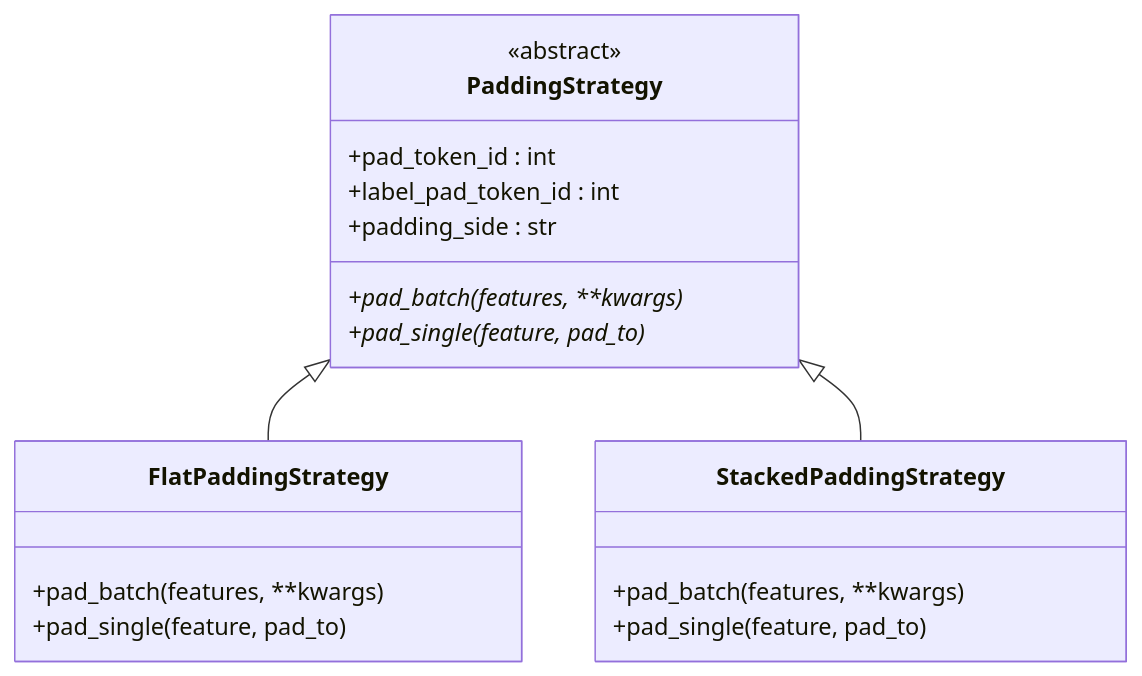
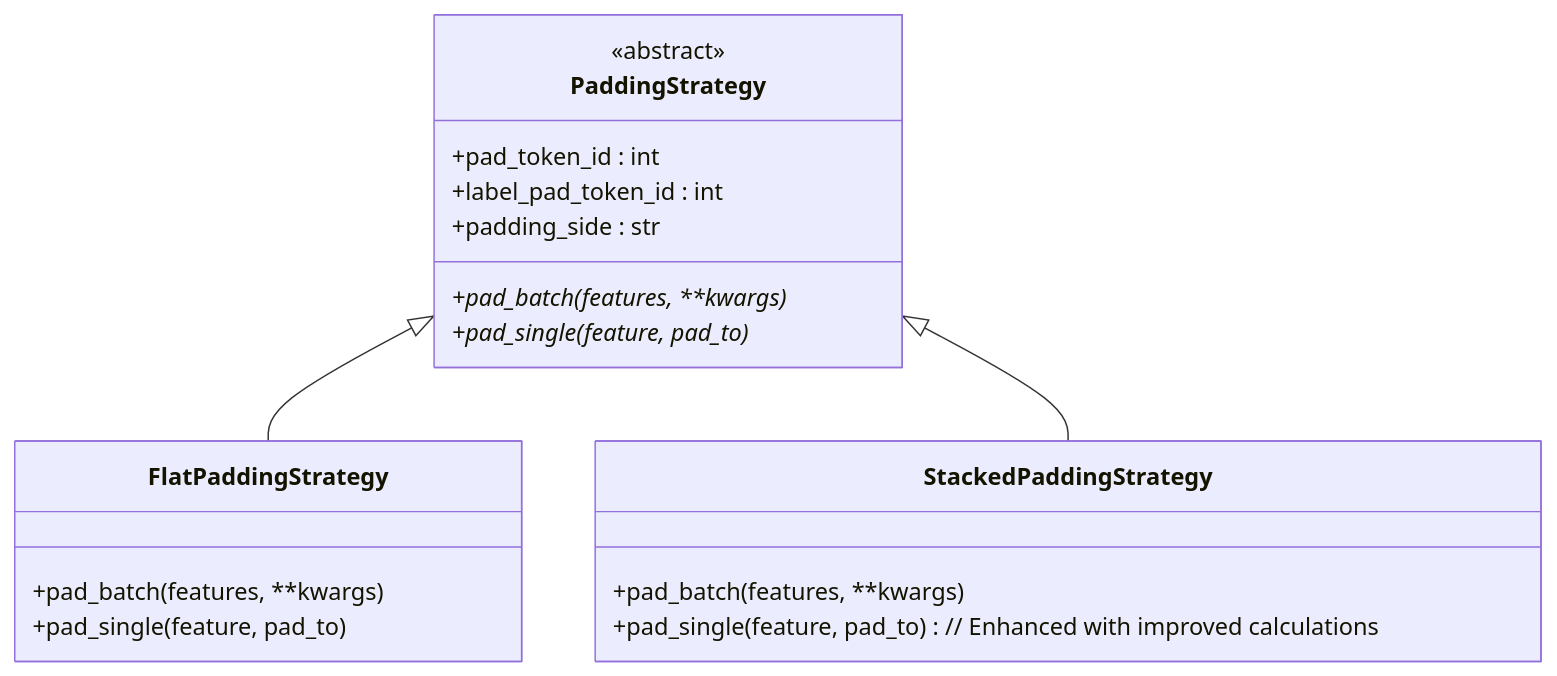
Before and after one commit to alibaba/graph-gpt: the fourth of 6 diagrams in .qoder/repowiki/en/content/Utility Functions/Tokenization Support.md, drawn with Mermaid. The commit also changed other lines of this file and 7 other files, not shown here.

Commit message:
update graph-lvl bash files

````diff
--- a/.qoder/repowiki/en/content/Utility Functions/Tokenization Support.md
+++ b/.qoder/repowiki/en/content/Utility Functions/Tokenization Support.md
@@ -321,21 +328,21 @@
 ```mermaid
 classDiagram
 class PaddingStrategy {
 <<abstract>>
 +pad_token_id : int
 +label_pad_token_id : int
 +padding_side : str
 +pad_batch(features, **kwargs)*
 +pad_single(feature, pad_to)*
 }
 class FlatPaddingStrategy {
 +pad_batch(features, **kwargs)
 +pad_single(feature, pad_to)
 }
 class StackedPaddingStrategy {
 +pad_batch(features, **kwargs)
-+pad_single(feature, pad_to)
++pad_single(feature, pad_to) // Enhanced with improved calculations
 }
 PaddingStrategy <|-- FlatPaddingStrategy
 PaddingStrategy <|-- StackedPaddingStrategy
 ```
````
